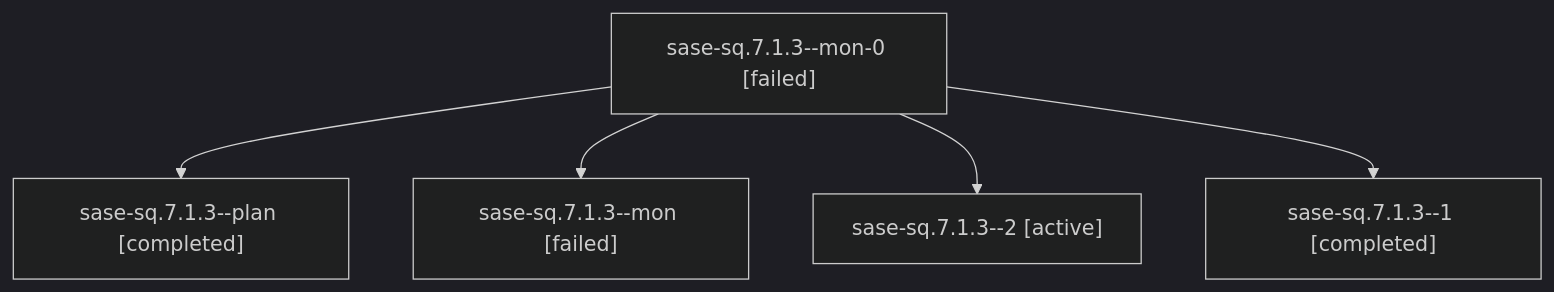
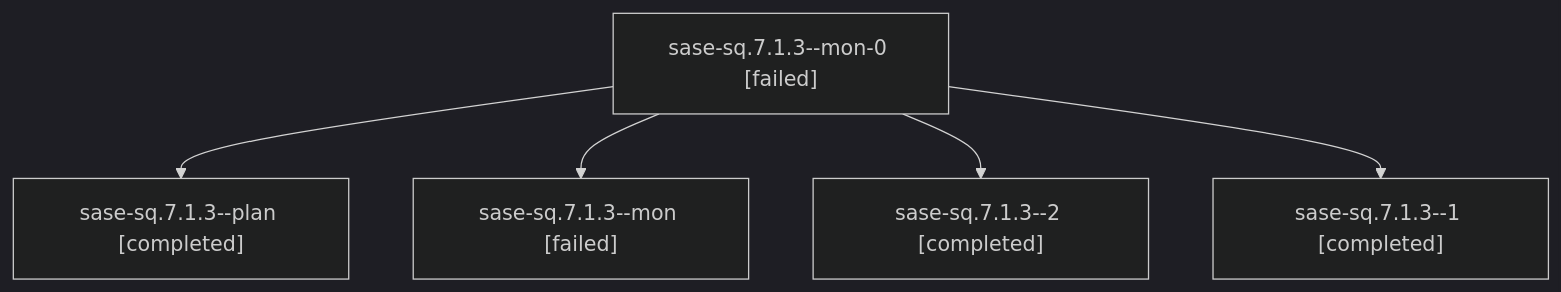
The diagram in families/bbugyi200.athena.sase-sq.7.1.3.md (sase-org/sase--agents), drawn with Mermaid (dark theme) before and after one commit. The commit also changed other lines of this file and 87 other files, not shown here.

````diff
--- a/families/bbugyi200.athena.sase-sq.7.1.3.md
+++ b/families/bbugyi200.athena.sase-sq.7.1.3.md
@@ -9,12 +9,12 @@
 ```mermaid
 flowchart TD
   n0["sase-sq.7.1.3--mon-0 [failed]"]
   n1["sase-sq.7.1.3--plan [completed]"]
   n0 --> n1
   n2["sase-sq.7.1.3--mon [failed]"]
   n0 --> n2
-  n3["sase-sq.7.1.3--2 [active]"]
+  n3["sase-sq.7.1.3--2 [completed]"]
   n0 --> n3
   n4["sase-sq.7.1.3--1 [completed]"]
   n0 --> n4
 ```
````
